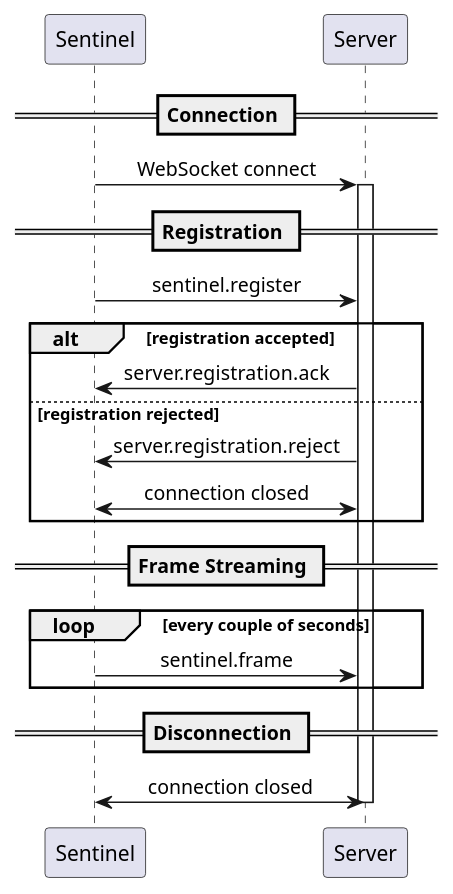
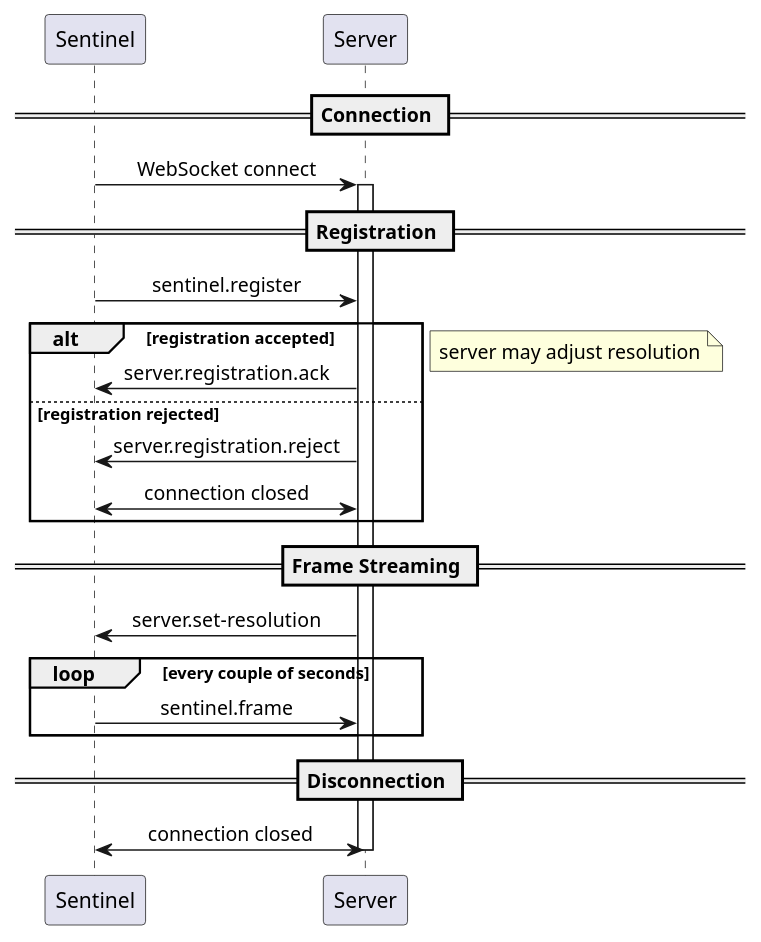
The first of 2 diagrams in hugo/content/docs/reference/websocket-comm/lifecycle.md (2526-4ahitm-itp/2526-4ahitm-franklyn), drawn with PlantUML before and after one commit. The commit also changed other lines of this file and 2 other files, not shown here.

Commit message:
docs(ws-comms): add a way to request a resolution profile from the proctor for previews

````diff
--- a/hugo/content/docs/reference/websocket-comm/lifecycle.md
+++ b/hugo/content/docs/reference/websocket-comm/lifecycle.md
@@ -24,31 +26,33 @@
 ```plantuml
 @startuml
 skinparam sequenceMessageAlign center
 
 participant "Sentinel" as S
 participant "Server" as Srv
 
 == Connection ==
 S -> Srv : WebSocket connect
 activate Srv
 
 == Registration ==
 S -> Srv : sentinel.register
 alt registration accepted
   Srv -> S : server.registration.ack
 else registration rejected
   Srv -> S : server.registration.reject
   S <-> Srv : connection closed
 end
 
 == Frame Streaming ==
+note right : server may adjust resolution
+Srv -> S : server.set-resolution
 loop every couple of seconds
   S -> Srv : sentinel.frame
 end
 
 == Disconnection ==
 S <-> Srv : connection closed
 deactivate Srv
 
 @enduml
 ```
````
